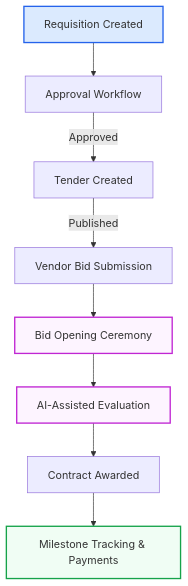
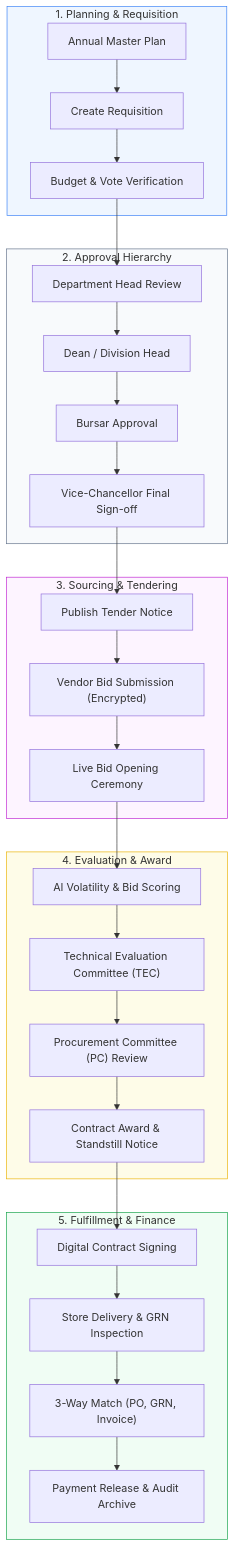
One commit to Isura-udith/AI-University-Procurement-System changed the diagram in README.md. Above: the diagram before and after it, drawn with Mermaid. The commit also changed other lines of this file and 1 other file, not shown here.

````diff
--- a/README.md
+++ b/README.md
@@ -30,15 +132,40 @@
 ```mermaid
-graph TD
-    A[Requisition Created] --> B[Approval Workflow]
-    B -->|Approved| C[Tender Created]
-    C -->|Published| D[Vendor Bid Submission]
-    D --> E[Bid Opening Ceremony]
-    E --> F[AI-Assisted Evaluation]
-    F --> G[Contract Awarded]
-    G --> H[Milestone Tracking & Payments]
-    
-    style A fill:#dbeafe,stroke:#2563eb,stroke-width:2px
-    style E fill:#fdf4ff,stroke:#c026d3,stroke-width:2px
-    style F fill:#fdf4ff,stroke:#c026d3,stroke-width:2px
-    style H fill:#f0fdf4,stroke:#16a34a,stroke-width:2px
+flowchart TD
+    subgraph S1["1. Planning & Requisition"]
+        MPP["Annual Master Plan"] --> REQ["Create Requisition"]
+        REQ --> BUD["Budget & Vote Verification"]
+    end
+
+    subgraph S2["2. Approval Hierarchy"]
+        BUD --> HOD["Department Head Review"]
+        HOD --> DEAN["Dean / Division Head"]
+        DEAN --> BUR["Bursar Approval"]
+        BUR --> VC["Vice-Chancellor Final Sign-off"]
+    end
+
+    subgraph S3["3. Sourcing & Tendering"]
+        VC --> TND["Publish Tender Notice"]
+        TND --> VREG["Vendor Bid Submission (Encrypted)"]
+        VREG --> BOC["Live Bid Opening Ceremony"]
+    end
+
+    subgraph S4["4. Evaluation & Award"]
+        BOC --> AI["AI Volatility & Bid Scoring"]
+        AI --> TEC["Technical Evaluation Committee (TEC)"]
+        TEC --> PC["Procurement Committee (PC) Review"]
+        PC --> AWD["Contract Award & Standstill Notice"]
+    end
+
+    subgraph S5["5. Fulfillment & Finance"]
+        AWD --> CTR["Digital Contract Signing"]
+        CTR --> GRN["Store Delivery & GRN Inspection"]
+        GRN --> 3WAY["3-Way Match (PO, GRN, Invoice)"]
+        3WAY --> PAY["Payment Release & Audit Archive"]
+    end
+
+    style S1 fill:#eff6ff,stroke:#3b82f6,stroke-width:1px
+    style S2 fill:#f8fafc,stroke:#64748b,stroke-width:1px
+    style S3 fill:#fdf4ff,stroke:#c026d3,stroke-width:1px
+    style S4 fill:#fefce8,stroke:#eab308,stroke-width:1px
+    style S5 fill:#f0fdf4,stroke:#16a34a,stroke-width:1px
 ```
````
